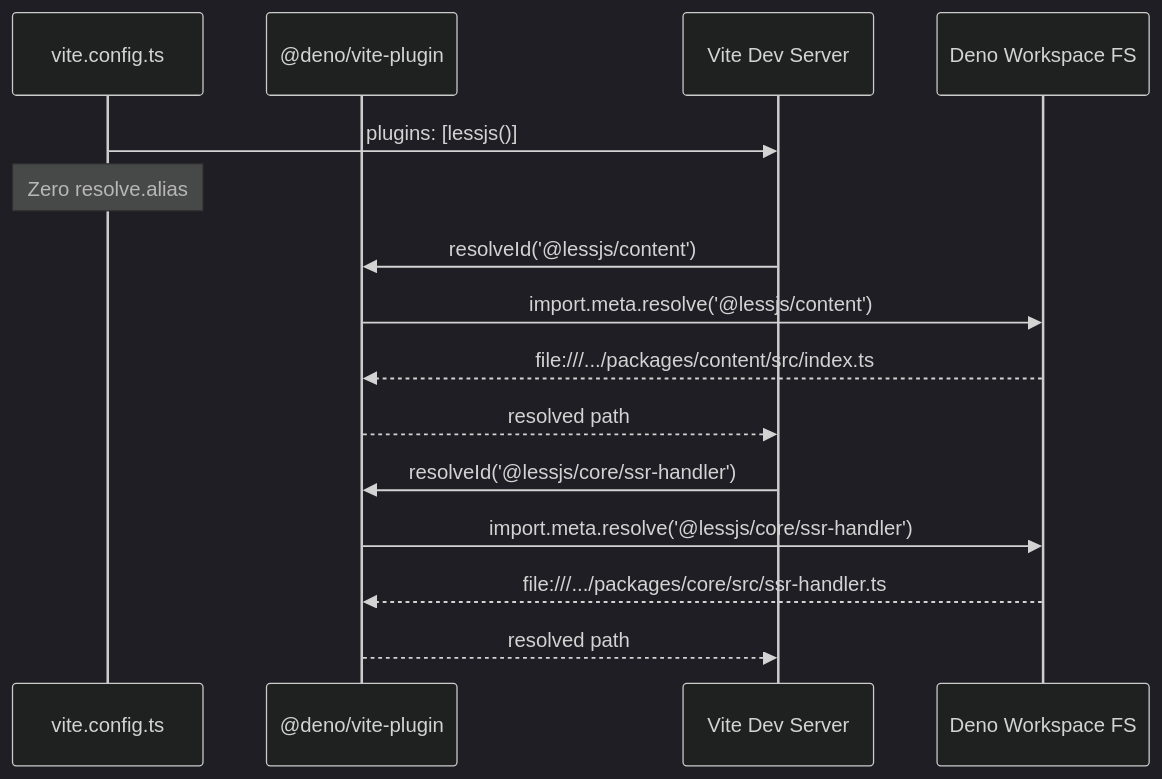
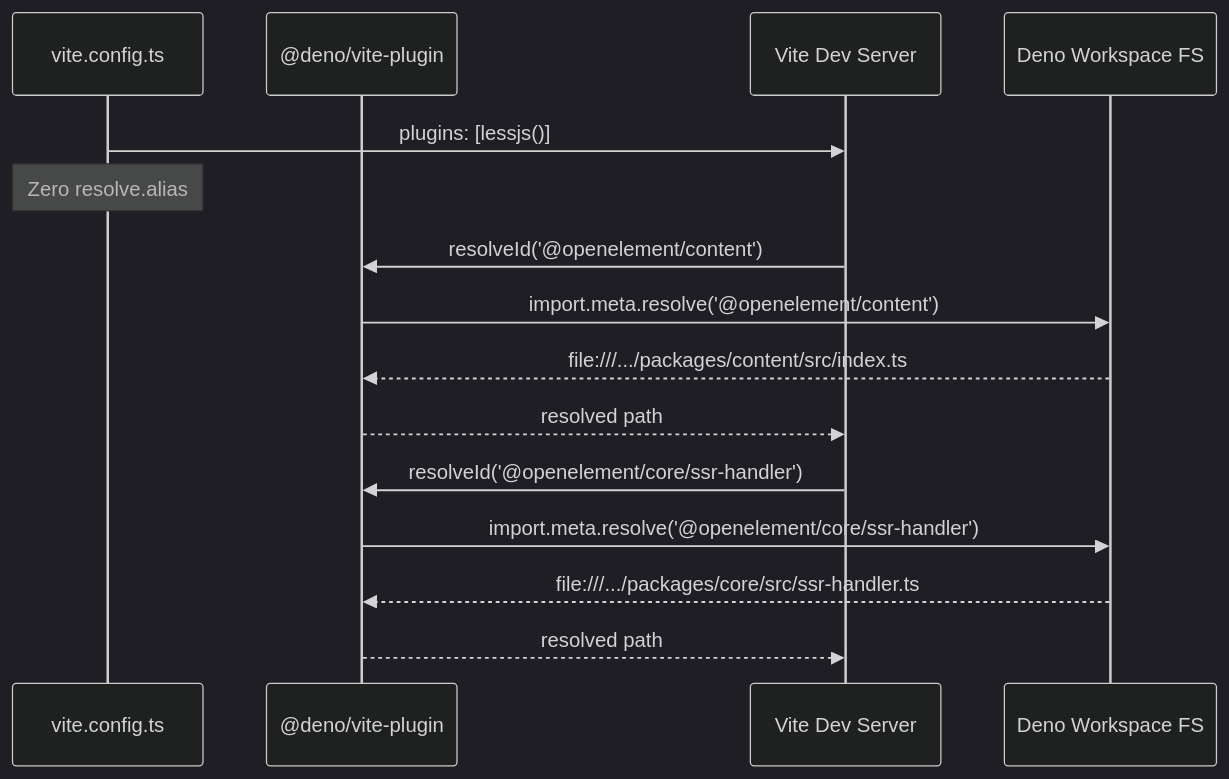
One commit to lessjs-run/lessjs changed the first of 5 diagrams in www/content/blog/0018-dev-build-data-consistency-plugin-data-bridge.md. Above: the diagram before and after it, drawn with Mermaid (dark theme). The commit also changed other lines of this file and 703 other files, not shown here.

````diff
--- a/www/content/blog/0018-dev-build-data-consistency-plugin-data-bridge.md
+++ b/www/content/blog/0018-dev-build-data-consistency-plugin-data-bridge.md
@@ -147,18 +147,18 @@
 ```mermaid
 sequenceDiagram
     participant User as vite.config.ts
     participant Deno as @deno/vite-plugin
     participant Vite as Vite Dev Server
     participant FS as Deno Workspace FS
 
     User->>Vite: plugins: [lessjs()]
     Note over User: Zero resolve.alias
-    Vite->>Deno: resolveId('@lessjs/content')
-    Deno->>FS: import.meta.resolve('@lessjs/content')
+    Vite->>Deno: resolveId('@openelement/content')
+    Deno->>FS: import.meta.resolve('@openelement/content')
     FS-->>Deno: file:///.../packages/content/src/index.ts
     Deno-->>Vite: resolved path
-    Vite->>Deno: resolveId('@lessjs/core/ssr-handler')
-    Deno->>FS: import.meta.resolve('@lessjs/core/ssr-handler')
+    Vite->>Deno: resolveId('@openelement/core/ssr-handler')
+    Deno->>FS: import.meta.resolve('@openelement/core/ssr-handler')
     FS-->>Deno: file:///.../packages/core/src/ssr-handler.ts
     Deno-->>Vite: resolved path
 ```
````
